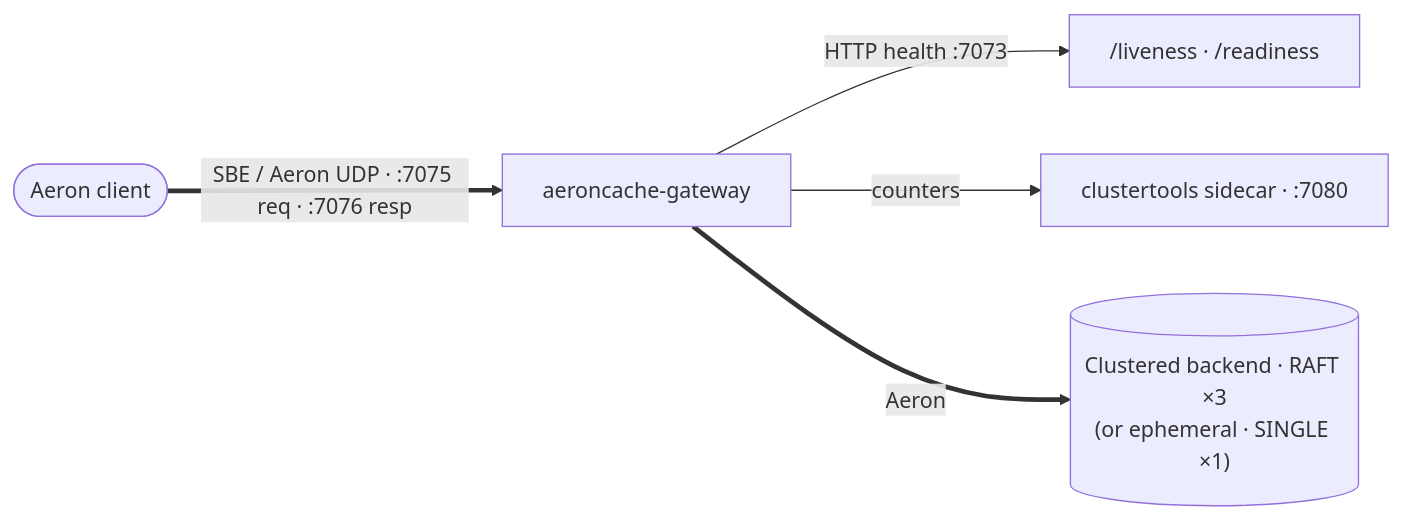
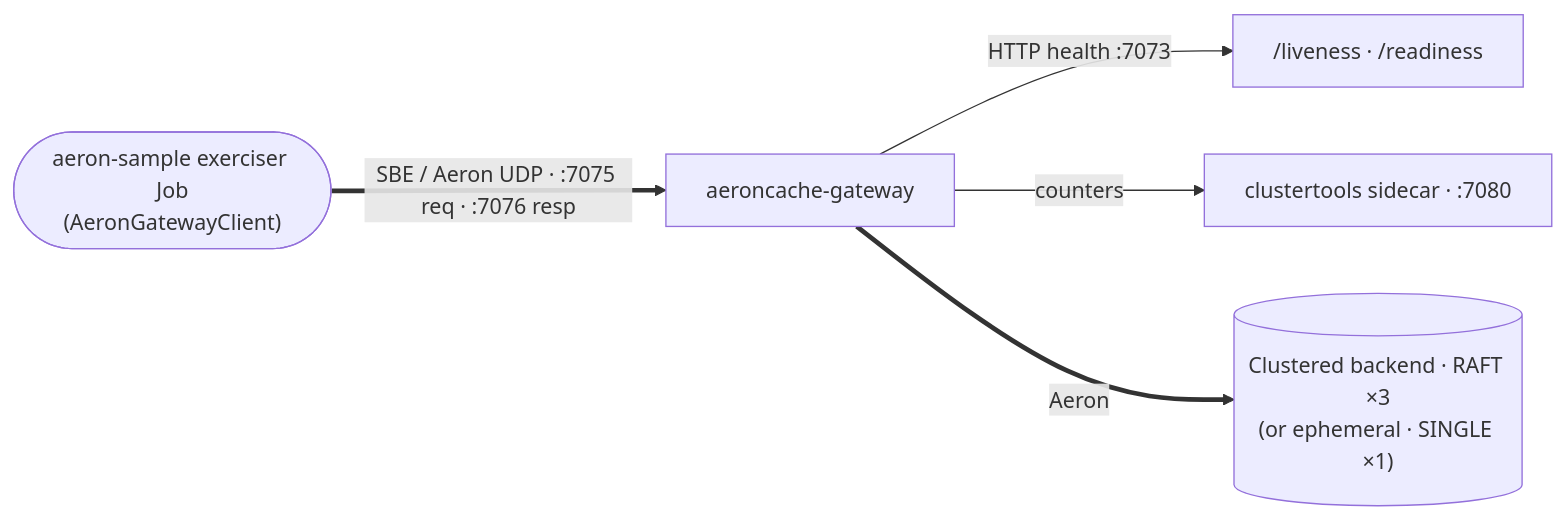
The diagram in patterns/aeron-gateway/README.md (bhf/aeron-cache-patterns), drawn with Mermaid before and after one commit. The commit also changed other lines of this file and 4 other files, not shown here.

````diff
--- a/patterns/aeron-gateway/README.md
+++ b/patterns/aeron-gateway/README.md
@@ -26,7 +26,7 @@
 ```mermaid
 flowchart LR
-  client([Aeron client]) ==>|"SBE / Aeron UDP · :7075 req · :7076 resp"| gw["aeroncache-gateway"]
+  exer(["aeron-sample exerciser Job<br/>(AeronGatewayClient)"]) ==>|"SBE / Aeron UDP · :7075 req · :7076 resp"| gw["aeroncache-gateway"]
   gw -->|"HTTP health :7073"| health["/liveness · /readiness"]
   gw -->|counters| ct["clustertools sidecar · :7080"]
   gw ==>|Aeron| cluster[("Clustered backend · RAFT ×3<br/>(or ephemeral · SINGLE ×1)")]
 ```
````
